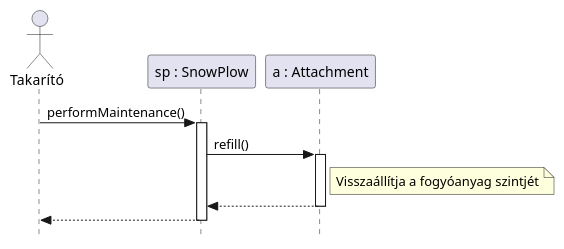
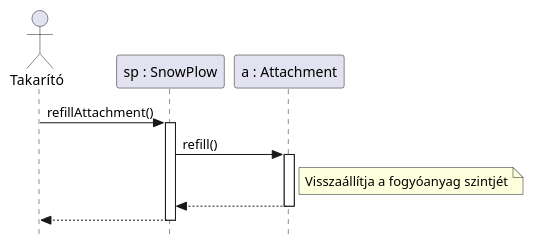
The diagram in docs/diagrams/04UC.puml (toth-andor/UneNotteANapoli), drawn with PlantUML before and after one commit. The commit also changed 25 other files, not shown here.

Commit message:
update sequence diagrams

```diff
--- a/docs/diagrams/04UC.puml
+++ b/docs/diagrams/04UC.puml
@@ -1,17 +1,17 @@
 @startuml
 skinparam style strictuml
 
 actor "Takarító" as T
 participant "sp : SnowPlow" as SP
 participant "a : Attachment" as A
 
-T -> SP : performMaintenance()
+T -> SP : refillAttachment()
 activate SP
     SP -> A : refill()
     activate A
     note right of A: Visszaállítja a fogyóanyag szintjét
     A --> SP
     deactivate A
 SP --> T
 deactivate SP
 @enduml
```
